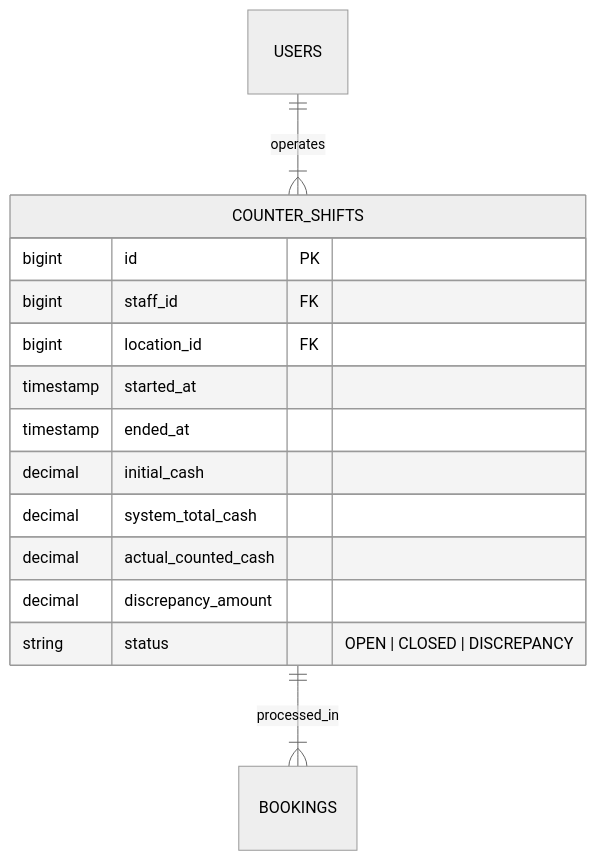
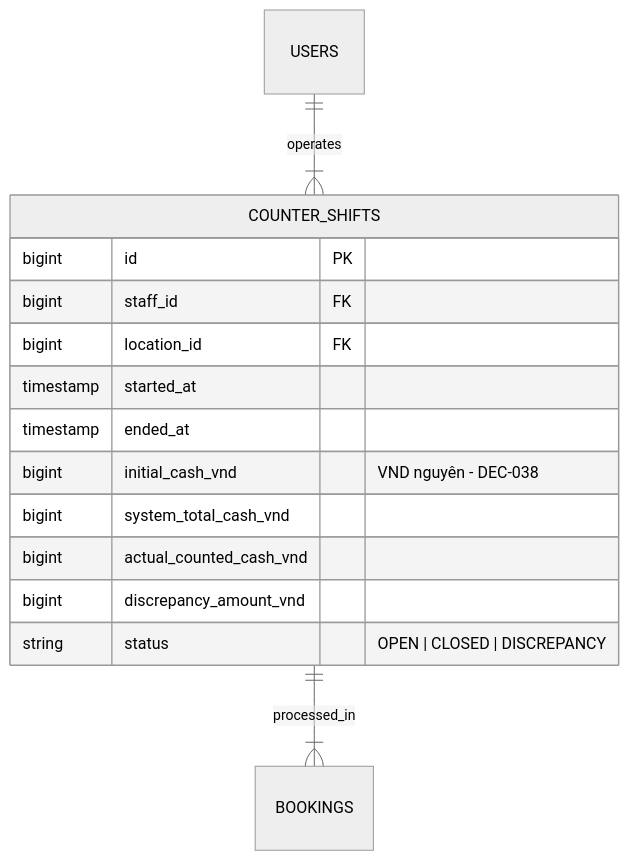
Before and after one commit to tomone2kd000-ux/superdong-booking-system: the second of 2 diagrams in content/docs/chuong-06-van-hanh-ca-ban-ve-audit-va-cronjob/02-quan-ly-ca-lam-viec-va-ket-ca.mdx, drawn with Mermaid (neutral theme). The commit also changed other lines of this file and 10 other files, not shown here.

Commit message:
docs: align Porto Action/Task rules, Logical ERD entities, Spatie Global RBAC, 9 Figma screens, and candidate proposals

````diff
--- a/content/docs/chuong-06-van-hanh-ca-ban-ve-audit-va-cronjob/02-quan-ly-ca-lam-viec-va-ket-ca.mdx
+++ b/content/docs/chuong-06-van-hanh-ca-ban-ve-audit-va-cronjob/02-quan-ly-ca-lam-viec-va-ket-ca.mdx
@@ -37,18 +38,18 @@
 ```mermaid
 erDiagram
     USERS ||--|{ COUNTER_SHIFTS : operates
     COUNTER_SHIFTS ||--|{ BOOKINGS : processed_in
 
     COUNTER_SHIFTS {
         bigint id PK
         bigint staff_id FK
         bigint location_id FK
         timestamp started_at
         timestamp ended_at
-        decimal initial_cash
-        decimal system_total_cash
-        decimal actual_counted_cash
-        decimal discrepancy_amount
+        bigint initial_cash_vnd "VND nguyên - DEC-038"
+        bigint system_total_cash_vnd
+        bigint actual_counted_cash_vnd
+        bigint discrepancy_amount_vnd
         string status "OPEN | CLOSED | DISCREPANCY"
     }
 ```
````
